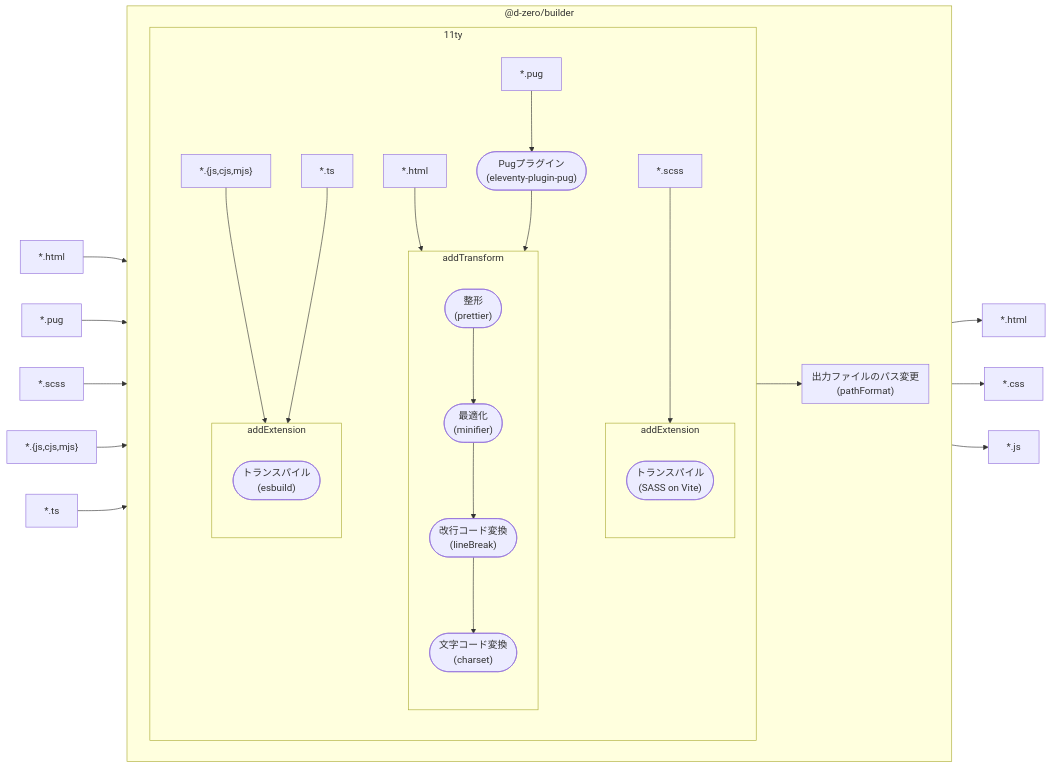
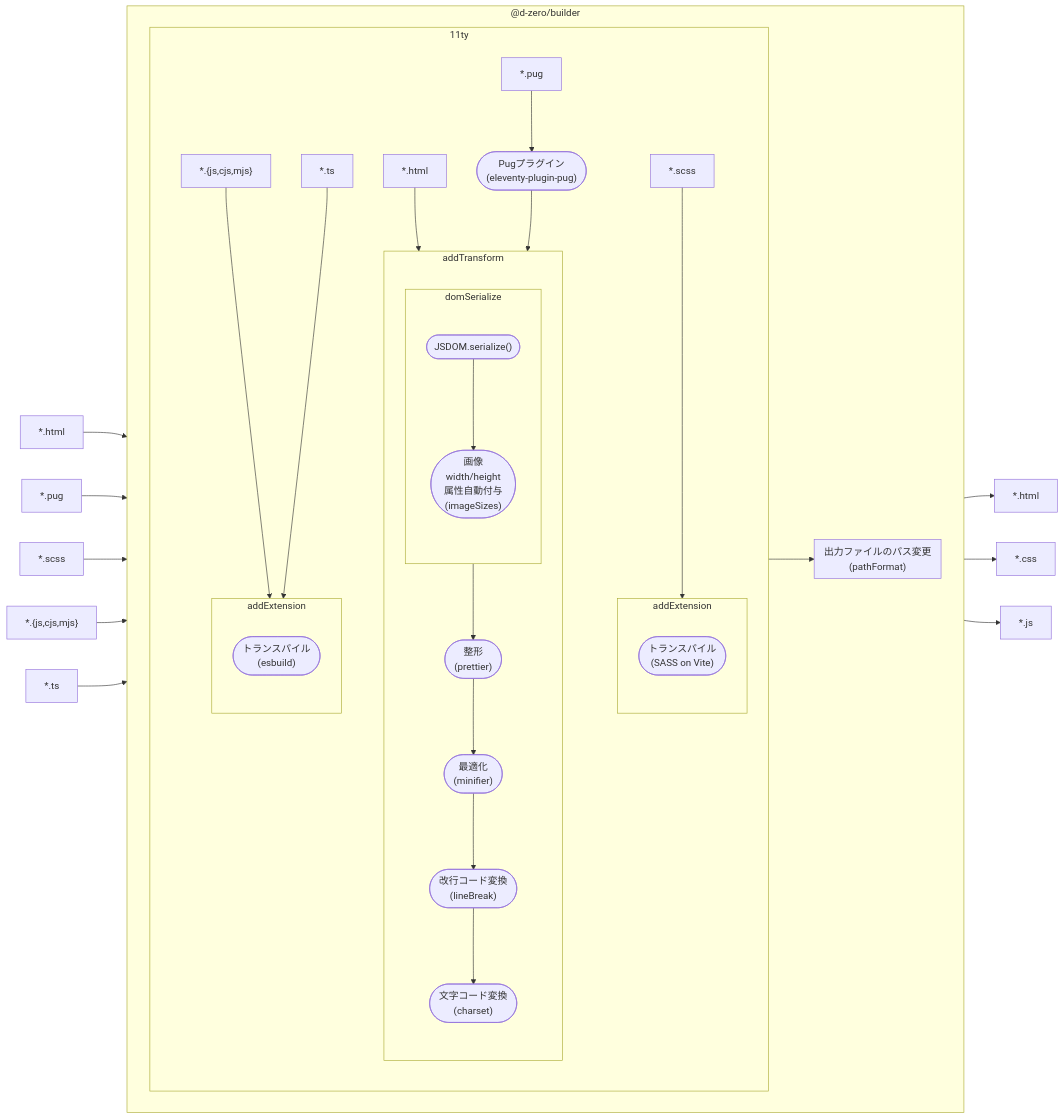
One commit to d-zero-dev/frontend-env changed the diagram in packages/@d-zero/builder/README.md. Above: the diagram before and after it, drawn with Mermaid. The commit also changed other lines of this file, not shown here.

Commit message:
docs(builder): add to explain about `imageSizes` option

````diff
--- a/packages/@d-zero/builder/README.md
+++ b/packages/@d-zero/builder/README.md
@@ -63,66 +64,76 @@
 ```mermaid
 flowchart LR
 	#inHTML["*.html"]
 	#inPug["*.pug"]
 	#inSCSS["*.scss"]
 	#inJS["*.{js,cjs,mjs}"]
 	#inTS["*.ts"]
 	#outHTML["*.html"]
 	#outCSS["*.css"]
 	#outJS["*.js"]
 
 	#inHTML --> #dzBuilder
 	#inPug --> #dzBuilder
 	#inSCSS --> #dzBuilder
 	#inJS --> #dzBuilder
 	#inTS --> #dzBuilder
 	#dzBuilder --> #outHTML
 	#dzBuilder --> #outCSS
 	#dzBuilder --> #outJS
 
 	subgraph #dzBuilder["@d-zero/builder"]
 		direction LR
 
 		subgraph #eleventy["11ty"]
 			#html["*.html"]
 			#pug["*.pug"]
 			#scss["*.scss"]
 			#js["*.{js,cjs,mjs}"]
 			#ts["*.ts"]
 
 			subgraph #transformHTML["addTransform"]
 				direction TB
 
 				#prettier(["整形<br>(prettier)"])
 				#minifier(["最適化<br>(minifier)"])
 				#lineBreak(["改行コード変換<br>(lineBreak)"])
 				#charset(["文字コード変換<br>(charset)"])
 
-				#prettier --> #minifier --> #lineBreak --> #charset
+
+				subgraph #domSerialize["domSerialize"]
+					direction TB
+
+					#jsdom(["JSDOM.serialize()"])
+					#imageSizes(["画像<br>width/height<br>属性自動付与<br>(imageSizes)"])
+
+					#jsdom --> #imageSizes
+				end
+
+				#domSerialize --> #prettier --> #minifier --> #lineBreak --> #charset
 			end
 
 			subgraph #transpileCSS["addExtension"]
 				direction TB
 
 				#vite(["トランスパイル<br>(SASS on Vite)"])
 			end
 
 			subgraph #transpileJS["addExtension"]
 				direction TB
 
 				#esbuild(["トランスパイル<br>(esbuild)"])
 			end
 
 			#html --> #transformHTML
 			#pug --> #eleventy-plugin-pug(["Pugプラグイン<br>(eleventy-plugin-pug)"]) --> #transformHTML
 			#scss --> #transpileCSS
 			#js --> #transpileJS
 			#ts --> #transpileJS
 		end
 
 		subgraph #pathFormat["出力ファイルのパス変更<br>(pathFormat)"]
 		end
 
 		#eleventy --> #pathFormat
 	end
 ```
````
